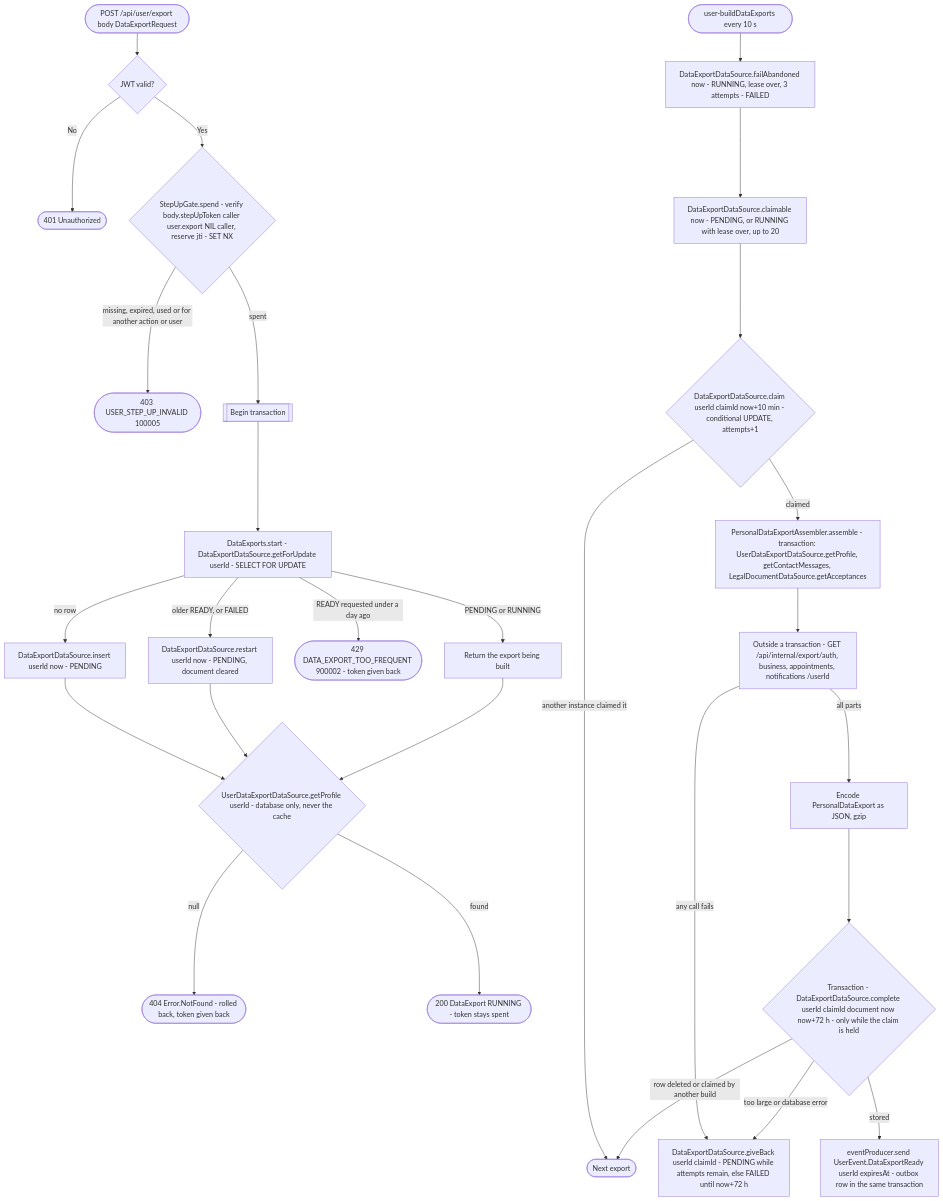
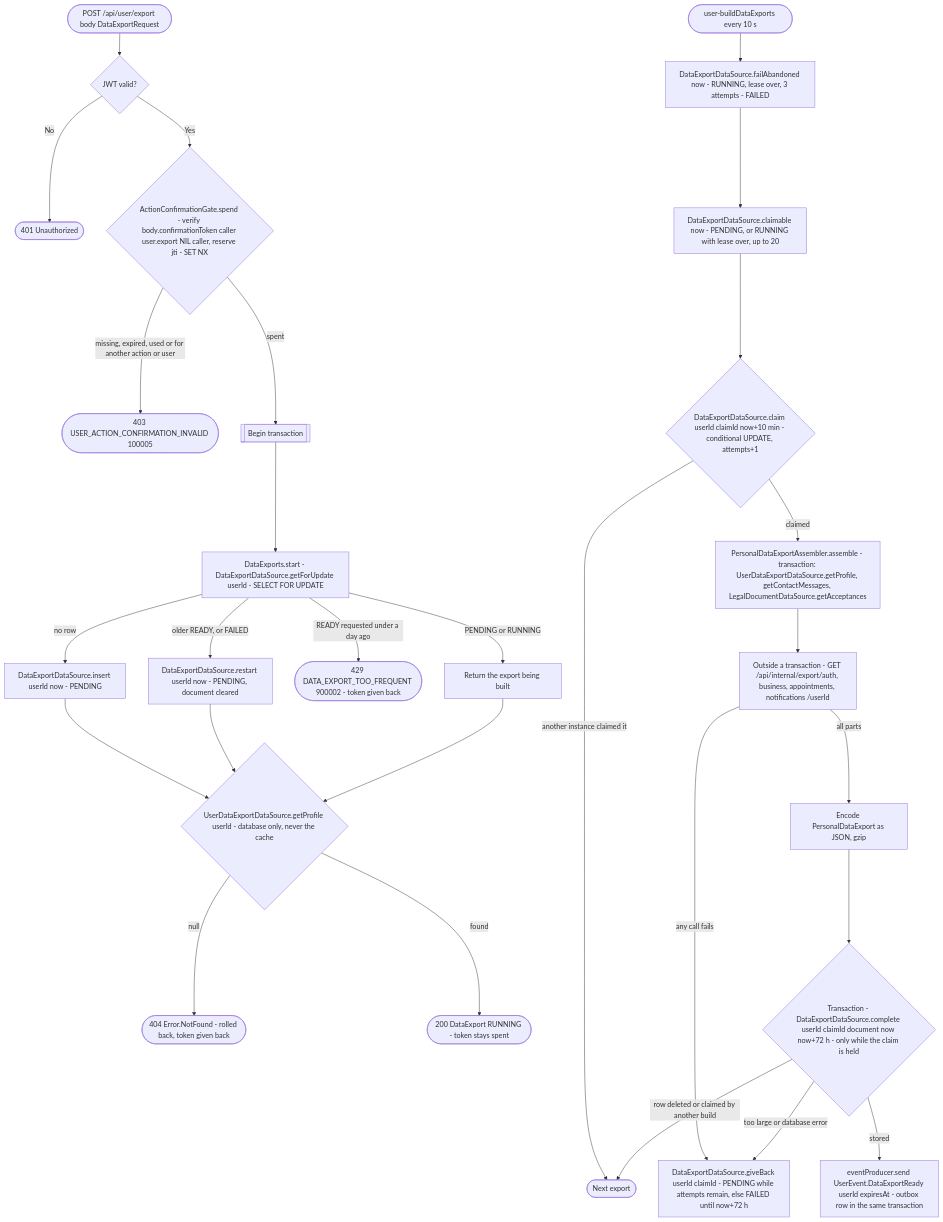
Before and after one commit to nocturneproperties/bookkme: the diagram in docs/operations/user/start-personal-data-export.md, drawn with Mermaid. The commit also changed other lines of this file and 93 other files, not shown here.

Commit message:
[miscellaneous] rename step up flow

````diff
--- a/docs/operations/user/start-personal-data-export.md
+++ b/docs/operations/user/start-personal-data-export.md
@@ -25,32 +25,32 @@
 ```mermaid
 flowchart TD
     Start([POST /api/user/export body DataExportRequest]) --> Auth{JWT valid?}
     Auth -- No --> R401([401 Unauthorized])
-    Auth -- Yes --> StepUp{"StepUpGate.spend - verify body.stepUpToken caller user.export NIL caller, reserve jti - SET NX"}
-    StepUp -- missing, expired, used or for another action or user --> R403([403 USER_STEP_UP_INVALID 100005])
-    StepUp -- spent --> Tx[[Begin transaction]]
+    Auth -- Yes --> ActionConfirmation{"ActionConfirmationGate.spend - verify body.confirmationToken caller user.export NIL caller, reserve jti - SET NX"}
+    ActionConfirmation -- missing, expired, used or for another action or user --> R403([403 USER_ACTION_CONFIRMATION_INVALID 100005])
+    ActionConfirmation -- spent --> Tx[[Begin transaction]]
     Tx --> Lock["DataExports.start - DataExportDataSource.getForUpdate userId - SELECT FOR UPDATE"]
     Lock -- no row --> Insert[DataExportDataSource.insert userId now - PENDING]
     Lock -- PENDING or RUNNING --> Same[Return the export being built]
     Lock -- READY requested under a day ago --> R429([429 DATA_EXPORT_TOO_FREQUENT 900002 - token given back])
     Lock -- older READY, or FAILED --> Restart[DataExportDataSource.restart userId now - PENDING, document cleared]
     Insert --> Profile
     Restart --> Profile
     Same --> Profile
     Profile{"UserDataExportDataSource.getProfile userId - database only, never the cache"}
     Profile -- null --> R404([404 Error.NotFound - rolled back, token given back])
     Profile -- found --> R200([200 DataExport RUNNING - token stays spent])
 
     Job([user-buildDataExports every 10 s]) --> Abandon["DataExportDataSource.failAbandoned now - RUNNING, lease over, 3 attempts - FAILED"]
     Abandon --> Queue["DataExportDataSource.claimable now - PENDING, or RUNNING with lease over, up to 20"]
     Queue --> Claim{"DataExportDataSource.claim userId claimId now+10 min - conditional UPDATE, attempts+1"}
     Claim -- another instance claimed it --> Next([Next export])
     Claim -- claimed --> Own["PersonalDataExportAssembler.assemble - transaction: UserDataExportDataSource.getProfile, getContactMessages, LegalDocumentDataSource.getAcceptances"]
     Own --> Calls["Outside a transaction - GET /api/internal/export/auth, business, appointments, notifications /userId"]
     Calls -- any call fails --> GiveBack["DataExportDataSource.giveBack userId claimId - PENDING while attempts remain, else FAILED until now+72 h"]
     Calls -- all parts --> Gzip[Encode PersonalDataExport as JSON, gzip]
     Gzip --> Store{"Transaction - DataExportDataSource.complete userId claimId document now now+72 h - only while the claim is held"}
     Store -- too large or database error --> GiveBack
     Store -- row deleted or claimed by another build --> Next
     Store -- stored --> Ready["eventProducer.send UserEvent.DataExportReady userId expiresAt - outbox row in the same transaction"]
 ```
````
